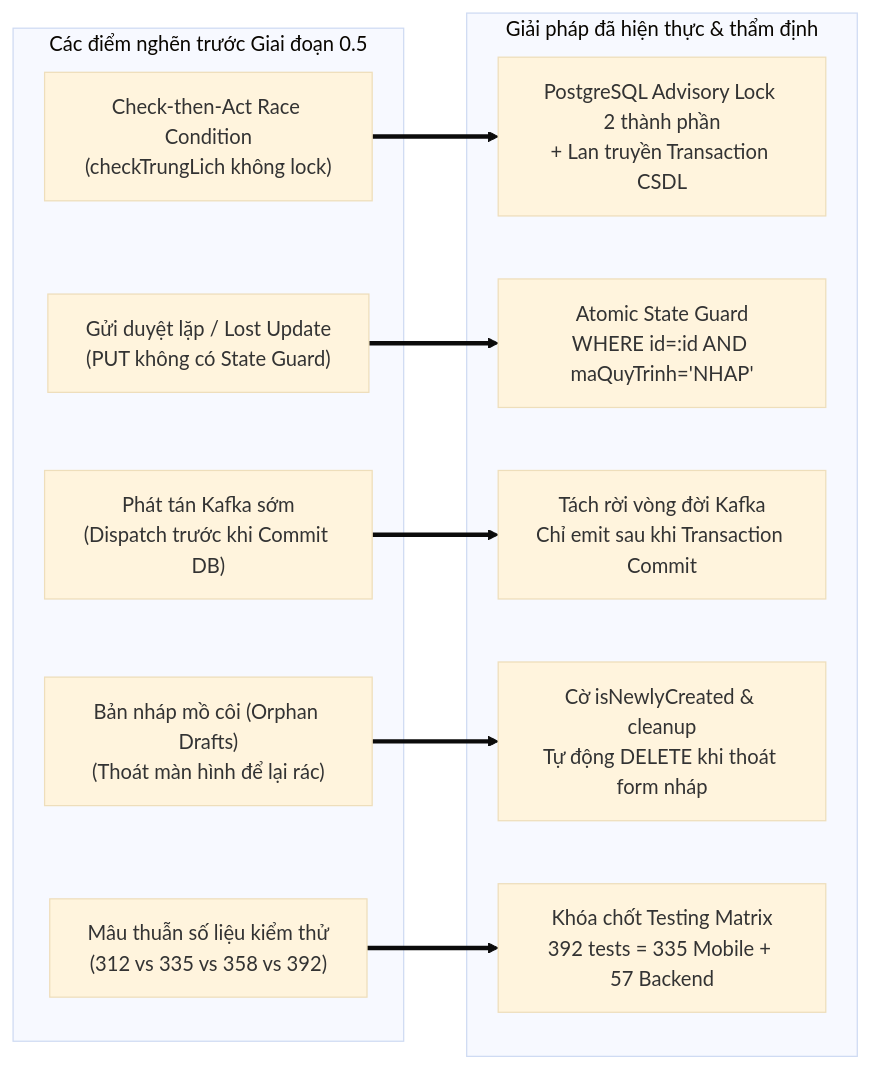
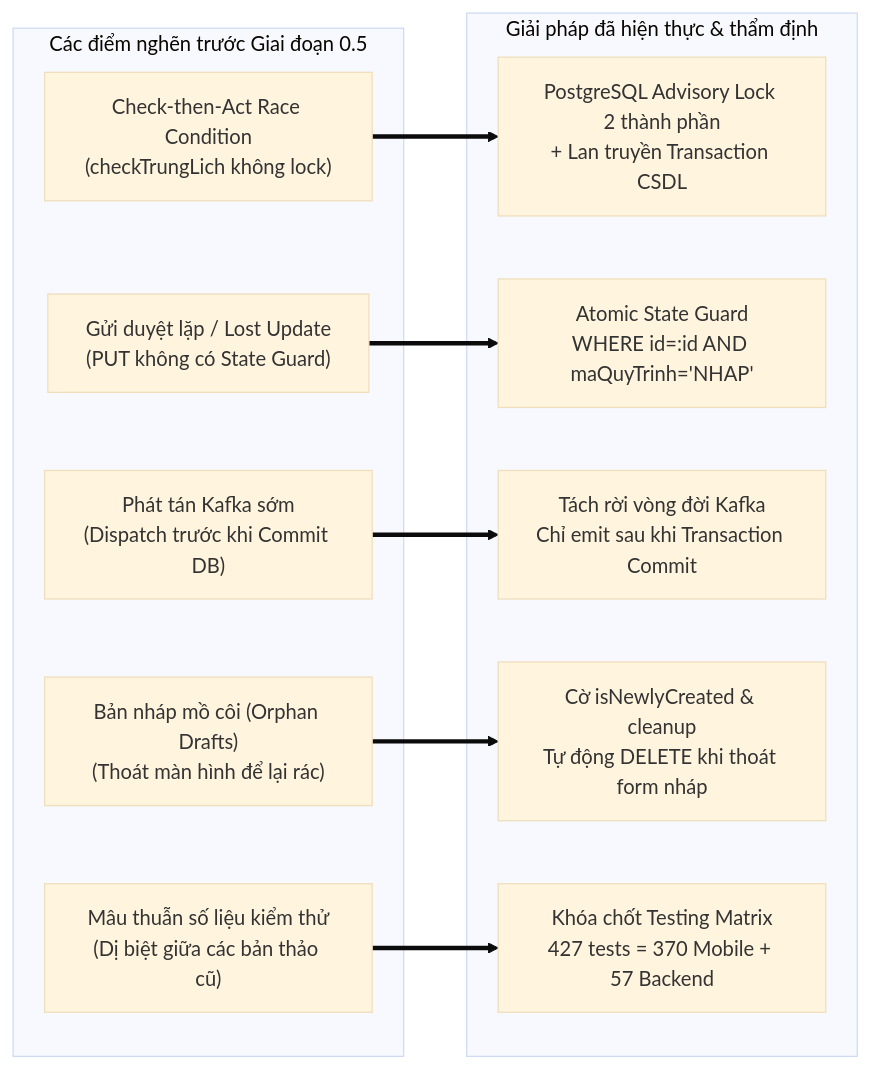
Before and after one commit to xchinh/Report-DATN: the diagram in docs/01_GATE0_EVIDENCE_INDEX.md, drawn with Mermaid (base theme). The commit also changed other lines of this file and 114 other files, not shown here.

````diff
--- a/docs/01_GATE0_EVIDENCE_INDEX.md
+++ b/docs/01_GATE0_EVIDENCE_INDEX.md
@@ -120,24 +127,24 @@
 ```mermaid
 flowchart LR
     subgraph Bottlenecks["Các điểm nghẽn trước Giai đoạn 0.5"]
         B1["Check-then-Act Race Condition<br/>(checkTrungLich không lock)"]
         B2["Gửi duyệt lặp / Lost Update<br/>(PUT không có State Guard)"]
         B3["Phát tán Kafka sớm<br/>(Dispatch trước khi Commit DB)"]
         B4["Bản nháp mồ côi (Orphan Drafts)<br/>(Thoát màn hình để lại rác)"]
-        B5["Mâu thuẫn số liệu kiểm thử<br/>(312 vs 335 vs 358 vs 392)"]
+        B5["Mâu thuẫn số liệu kiểm thử<br/>(Dị biệt giữa các bản thảo cũ)"]
     end
 
     subgraph Solutions["Giải pháp đã hiện thực & thẩm định"]
         S1["PostgreSQL Advisory Lock 2 thành phần<br/>+ Lan truyền Transaction CSDL"]
         S2["Atomic State Guard<br/>WHERE id=:id AND maQuyTrinh='NHAP'"]
         S3["Tách rời vòng đời Kafka<br/>Chỉ emit sau khi Transaction Commit"]
         S4["Cờ isNewlyCreated & cleanup<br/>Tự động DELETE khi thoát form nháp"]
-        S5["Khóa chốt Testing Matrix<br/>392 tests = 335 Mobile + 57 Backend"]
+        S5["Khóa chốt Testing Matrix<br/>427 tests = 370 Mobile + 57 Backend"]
     end
 
     B1 ==> S1
     B2 ==> S2
     B3 ==> S3
     B4 ==> S4
     B5 ==> S5
 ```
````
